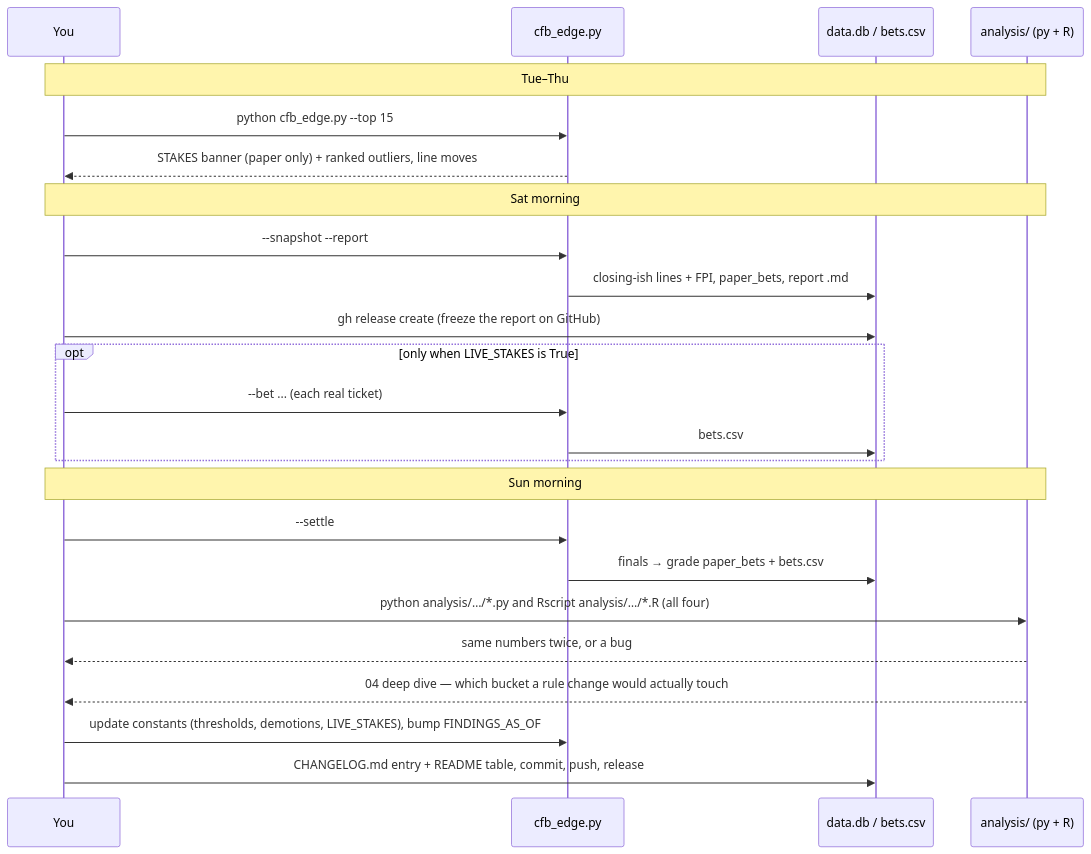
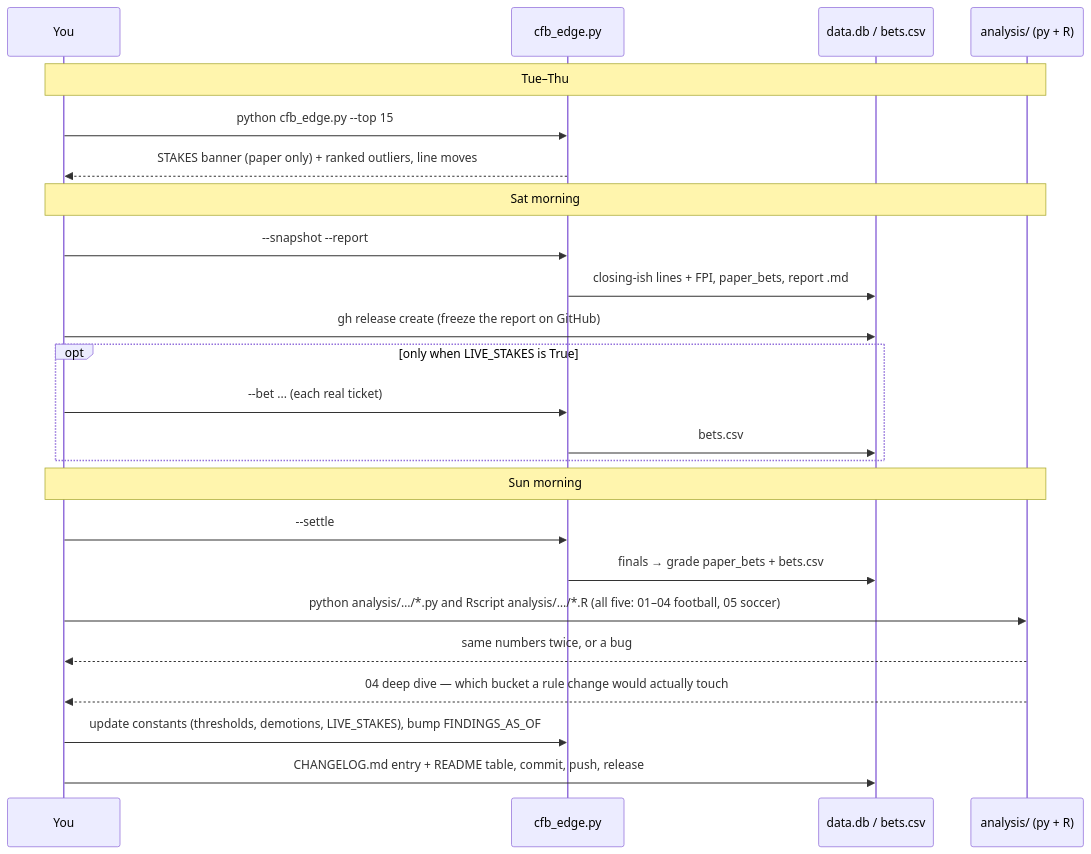
One commit to wbp318/cfb_pro_soccer_2026 changed the seventh of 13 diagrams in README.md. Above: the diagram before and after it, drawn with Mermaid. The commit also changed other lines of this file and 10 other files, not shown here.

First line of the commit message:
Add analysis/05_soccer: the soccer analysis loop in Python and R

````diff
--- a/README.md
+++ b/README.md
@@ -410,27 +414,27 @@
 ```mermaid
 sequenceDiagram
     participant You
     participant Tool as cfb_edge.py
     participant DB as data.db / bets.csv
     participant An as analysis/ (py + R)
 
     Note over You,An: Tue–Thu
     You->>Tool: python cfb_edge.py --top 15
     Tool-->>You: STAKES banner (paper only) + ranked outliers, line moves
     Note over You,An: Sat morning
     You->>Tool: --snapshot --report
     Tool->>DB: closing-ish lines + FPI, paper_bets, report .md
     You->>DB: gh release create (freeze the report on GitHub)
     opt only when LIVE_STAKES is True
         You->>Tool: --bet ... (each real ticket)
         Tool->>DB: bets.csv
     end
     Note over You,An: Sun morning
     You->>Tool: --settle
     Tool->>DB: finals → grade paper_bets + bets.csv
-    You->>An: python analysis/…/*.py  and  Rscript analysis/…/*.R (all four)
+    You->>An: python analysis/…/*.py  and  Rscript analysis/…/*.R (all five: 01–04 football, 05 soccer)
     An-->>You: same numbers twice, or a bug
     An-->>You: 04 deep dive — which bucket a rule change would actually touch
     You->>Tool: update constants (thresholds, demotions, LIVE_STAKES), bump FINDINGS_AS_OF
     You->>DB: CHANGELOG.md entry + README table, commit, push, release
 ```
````
